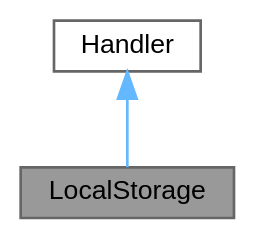
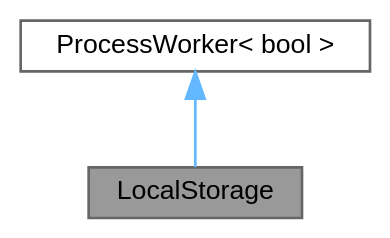
One commit to Safecast/bGeigieZen changed the diagram in designs/graphs/docbook/class_local_storage__coll__graph.dot. Above: the diagram before and after it, drawn with Graphviz. The commit also changed 5301 other files, not shown here.

```diff
--- a/designs/graphs/docbook/class_local_storage__coll__graph.dot
+++ b/designs/graphs/docbook/class_local_storage__coll__graph.dot
@@ -1,10 +1,10 @@
 digraph "LocalStorage"
 {
  // LATEX_PDF_SIZE
   bgcolor="transparent";
   edge [fontname=Helvetica,fontsize=10,labelfontname=Helvetica,labelfontsize=10];
   node [fontname=Helvetica,fontsize=10,shape=box,height=0.2,width=0.4];
   Node1 [id="Node000001",label="LocalStorage",height=0.2,width=0.4,color="gray40", fillcolor="grey60", style="filled", fontcolor="black",tooltip=" "];
   Node2 -> Node1 [id="edge2_Node000001_Node000002",dir="back",color="steelblue1",style="solid",tooltip=" "];
-  Node2 [id="Node000002",label="Handler",height=0.2,width=0.4,color="gray40", fillcolor="white", style="filled",tooltip=" "];
+  Node2 [id="Node000002",label="ProcessWorker\< bool \>",height=0.2,width=0.4,color="gray40", fillcolor="white", style="filled",tooltip=" "];
 }
```
